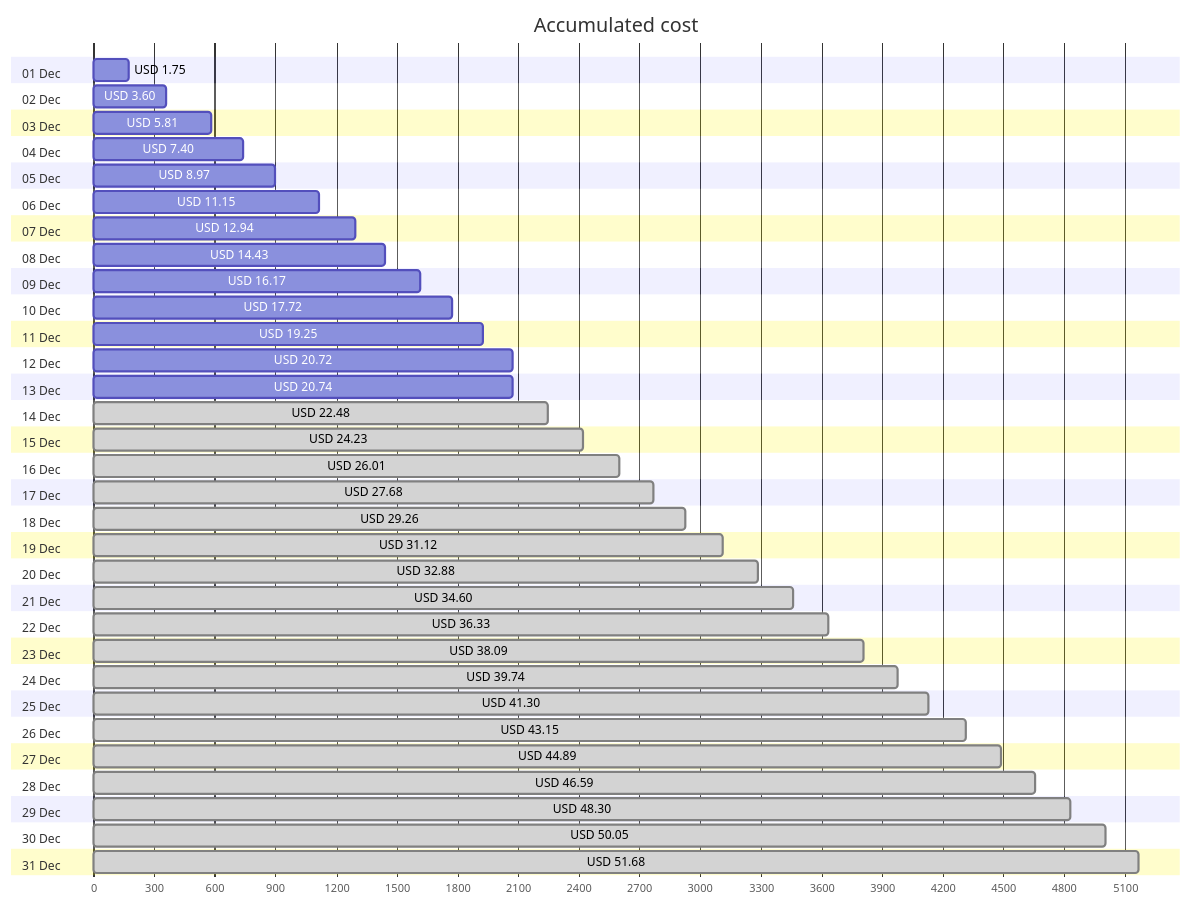
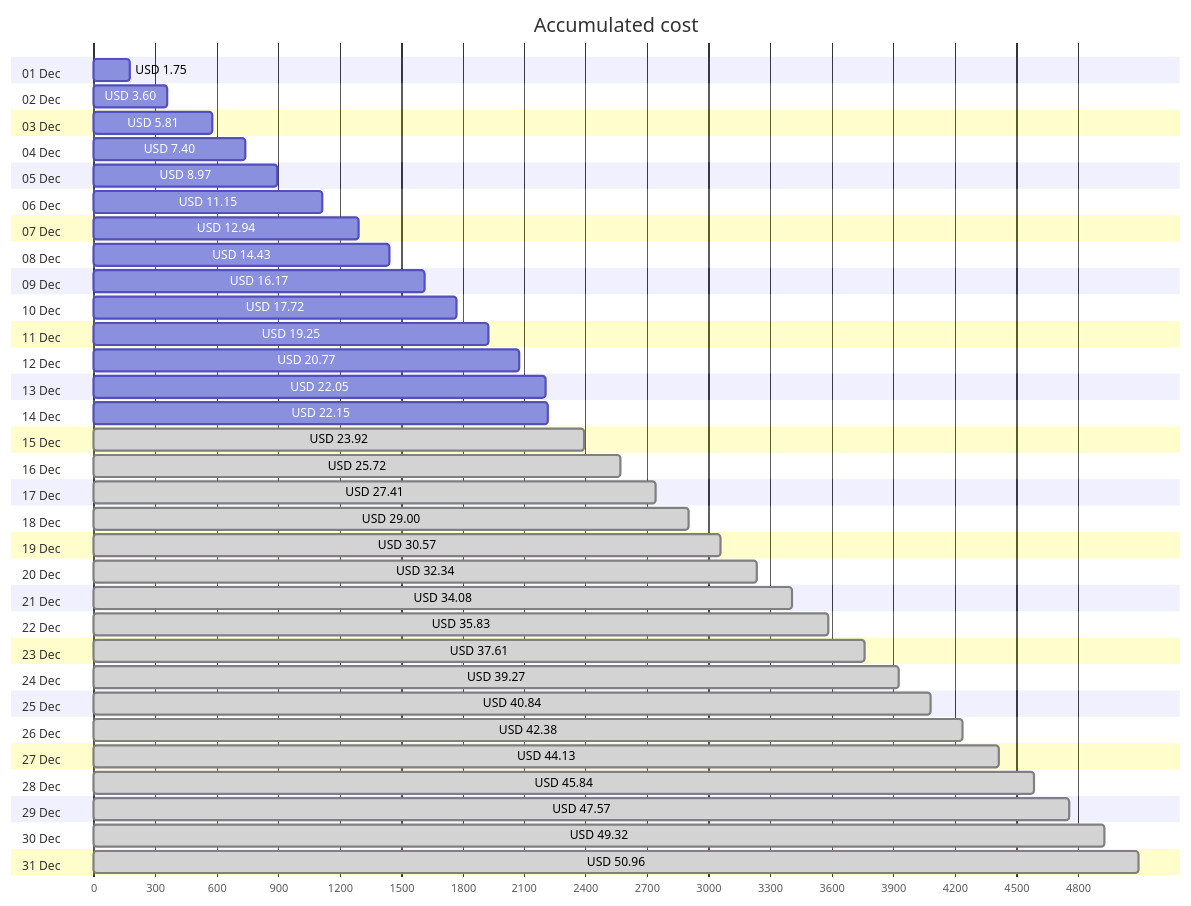
One commit to jpfulton/azure-personal-reports changed the first of 4 diagrams in cost-reports/personal-network/README.md. Above: the diagram before and after it, drawn with Mermaid. The commit also changed other lines of this file and 8 other files, not shown here.

````diff
--- a/cost-reports/personal-network/README.md
+++ b/cost-reports/personal-network/README.md
@@ -20,68 +20,68 @@
 ```mermaid
 gantt
    title Accumulated cost
    dateFormat  X
    axisFormat %s
    section 01 Dec
    USD 1.75 :0, 175
    section 02 Dec
    USD 3.60 :0, 360
    section 03 Dec
    USD 5.81 :0, 581
    section 04 Dec
    USD 7.40 :0, 740
    section 05 Dec
    USD 8.97 :0, 897
    section 06 Dec
    USD 11.15 :0, 1115
    section 07 Dec
    USD 12.94 :0, 1294
    section 08 Dec
    USD 14.43 :0, 1443
    section 09 Dec
    USD 16.17 :0, 1617
    section 10 Dec
    USD 17.72 :0, 1772
    section 11 Dec
    USD 19.25 :0, 1925
    section 12 Dec
-   USD 20.72 :0, 2072
+   USD 20.77 :0, 2077
    section 13 Dec
-   USD 20.74 :0, 2074
+   USD 22.05 :0, 2205
    section 14 Dec
-   USD 22.48 : done, 0, 2248
+   USD 22.15 :0, 2215
    section 15 Dec
-   USD 24.23 : done, 0, 2423
+   USD 23.92 : done, 0, 2392
    section 16 Dec
-   USD 26.01 : done, 0, 2601
+   USD 25.72 : done, 0, 2572
    section 17 Dec
-   USD 27.68 : done, 0, 2768
+   USD 27.41 : done, 0, 2741
    section 18 Dec
-   USD 29.26 : done, 0, 2926
+   USD 29.00 : done, 0, 2900
    section 19 Dec
-   USD 31.12 : done, 0, 3112
+   USD 30.57 : done, 0, 3057
    section 20 Dec
-   USD 32.88 : done, 0, 3288
+   USD 32.34 : done, 0, 3234
    section 21 Dec
-   USD 34.60 : done, 0, 3460
+   USD 34.08 : done, 0, 3408
    section 22 Dec
-   USD 36.33 : done, 0, 3633
+   USD 35.83 : done, 0, 3583
    section 23 Dec
-   USD 38.09 : done, 0, 3809
+   USD 37.61 : done, 0, 3761
    section 24 Dec
-   USD 39.74 : done, 0, 3974
+   USD 39.27 : done, 0, 3927
    section 25 Dec
-   USD 41.30 : done, 0, 4130
+   USD 40.84 : done, 0, 4084
    section 26 Dec
-   USD 43.15 : done, 0, 4315
+   USD 42.38 : done, 0, 4238
    section 27 Dec
-   USD 44.89 : done, 0, 4489
+   USD 44.13 : done, 0, 4413
    section 28 Dec
-   USD 46.59 : done, 0, 4659
+   USD 45.84 : done, 0, 4584
    section 29 Dec
-   USD 48.30 : done, 0, 4830
+   USD 47.57 : done, 0, 4757
    section 30 Dec
-   USD 50.05 : done, 0, 5005
+   USD 49.32 : done, 0, 4932
    section 31 Dec
-   USD 51.68 : done, 0, 5168
+   USD 50.96 : done, 0, 5096
 ```
````
